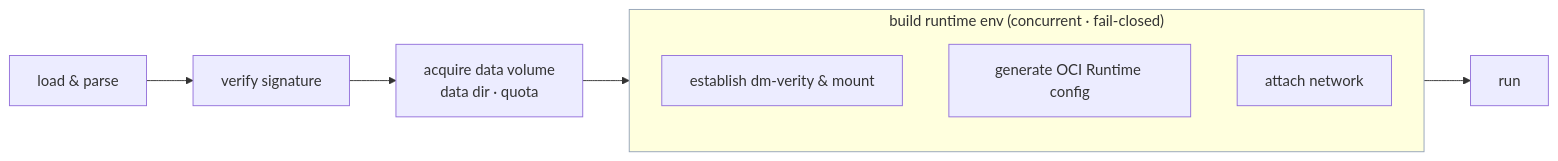
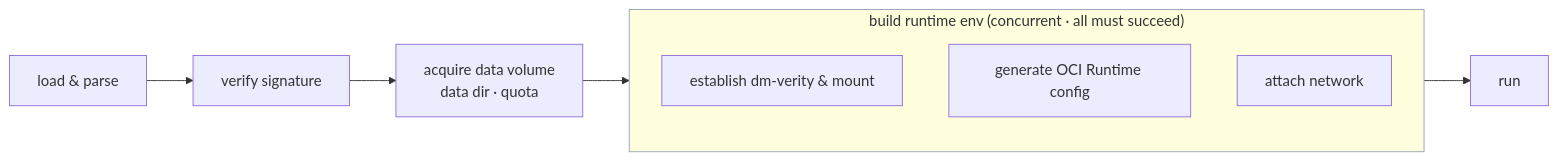
Before and after one commit to mobis-oss/ssam: the second of 3 diagrams in docs/architecture/execution.md, drawn with Mermaid. The commit also changed other lines of this file and 35 other files, not shown here.

````diff
--- a/docs/architecture/execution.md
+++ b/docs/architecture/execution.md
@@ -91,16 +91,16 @@
 ```mermaid
 flowchart LR
   L["load &amp; parse"] --> V["verify signature"]
   V --> VOL["acquire data volume<br/>data dir · quota"]
   VOL --> SU
 
-  subgraph SU["build runtime env (concurrent · fail-closed)"]
+  subgraph SU["build runtime env (concurrent · all must succeed)"]
     direction TB
     M["establish dm-verity &amp; mount"]
     C["generate OCI Runtime config"]
     N["attach network"]
   end
 
   SU --> H["run"]
   style SU stroke:#94a3b8
 ```
````
